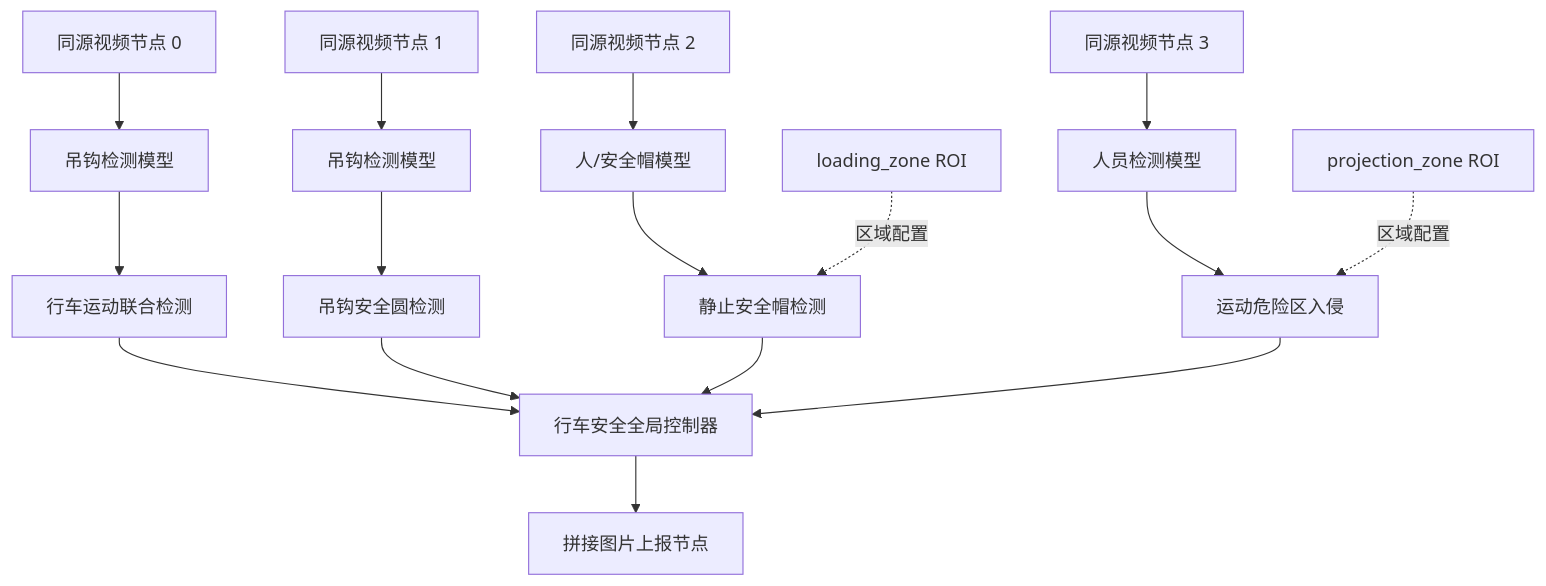
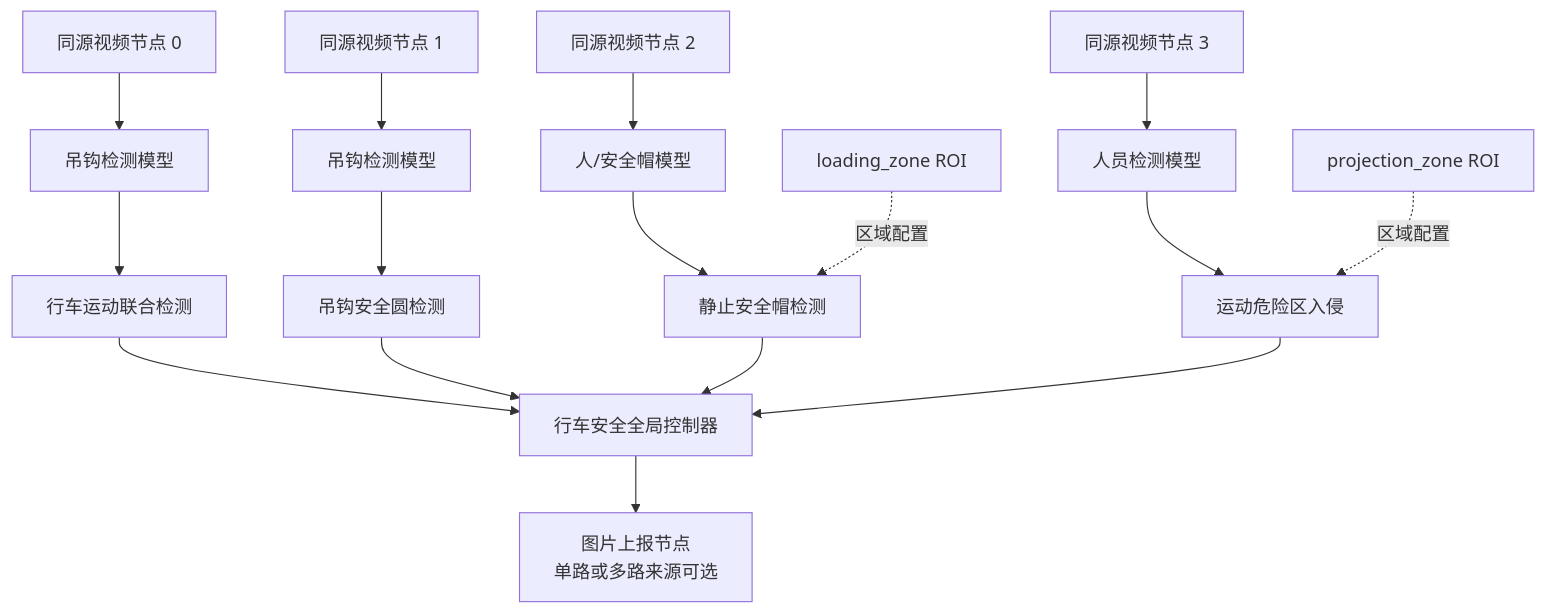
Before and after one commit to LaoWei2001/rk3588_visual_analysis_framework: the tenth of 10 diagrams in projects/global_modules/global_crane_safety_controller/CRANE_SAFETY_SYSTEM_DESIGN.md, drawn with Mermaid. The commit also changed other lines of this file and 92 other files, not shown here.

````diff
--- a/projects/global_modules/global_crane_safety_controller/CRANE_SAFETY_SYSTEM_DESIGN.md
+++ b/projects/global_modules/global_crane_safety_controller/CRANE_SAFETY_SYSTEM_DESIGN.md
@@ -416,15 +416,15 @@
 ```mermaid
 flowchart TB
     S0["同源视频节点 0"] --> M0["吊钩检测模型"] --> L0["行车运动联合检测"]
     S1["同源视频节点 1"] --> M1["吊钩检测模型"] --> L1["吊钩安全圆检测"]
     S2["同源视频节点 2"] --> M2["人/安全帽模型"] --> L2["静止安全帽检测"]
     S3["同源视频节点 3"] --> M3["人员检测模型"] --> L3["运动危险区入侵"]
     R2["loading_zone ROI"] -.->|"区域配置"| L2
     R3["projection_zone ROI"] -.->|"区域配置"| L3
 
     L0 --> G["行车安全全局控制器"]
     L1 --> G
     L2 --> G
     L3 --> G
-    G --> REP["拼接图片上报节点"]
+    G --> REP["图片上报节点<br/>单路或多路来源可选"]
 ```
````
